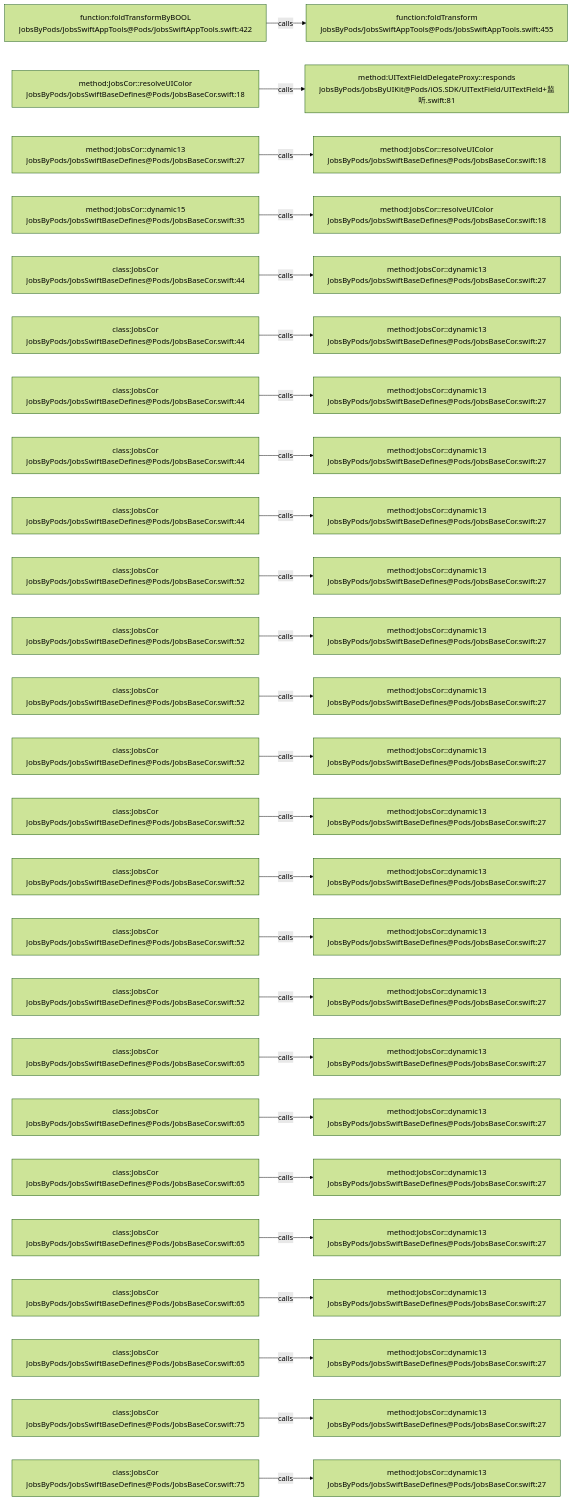
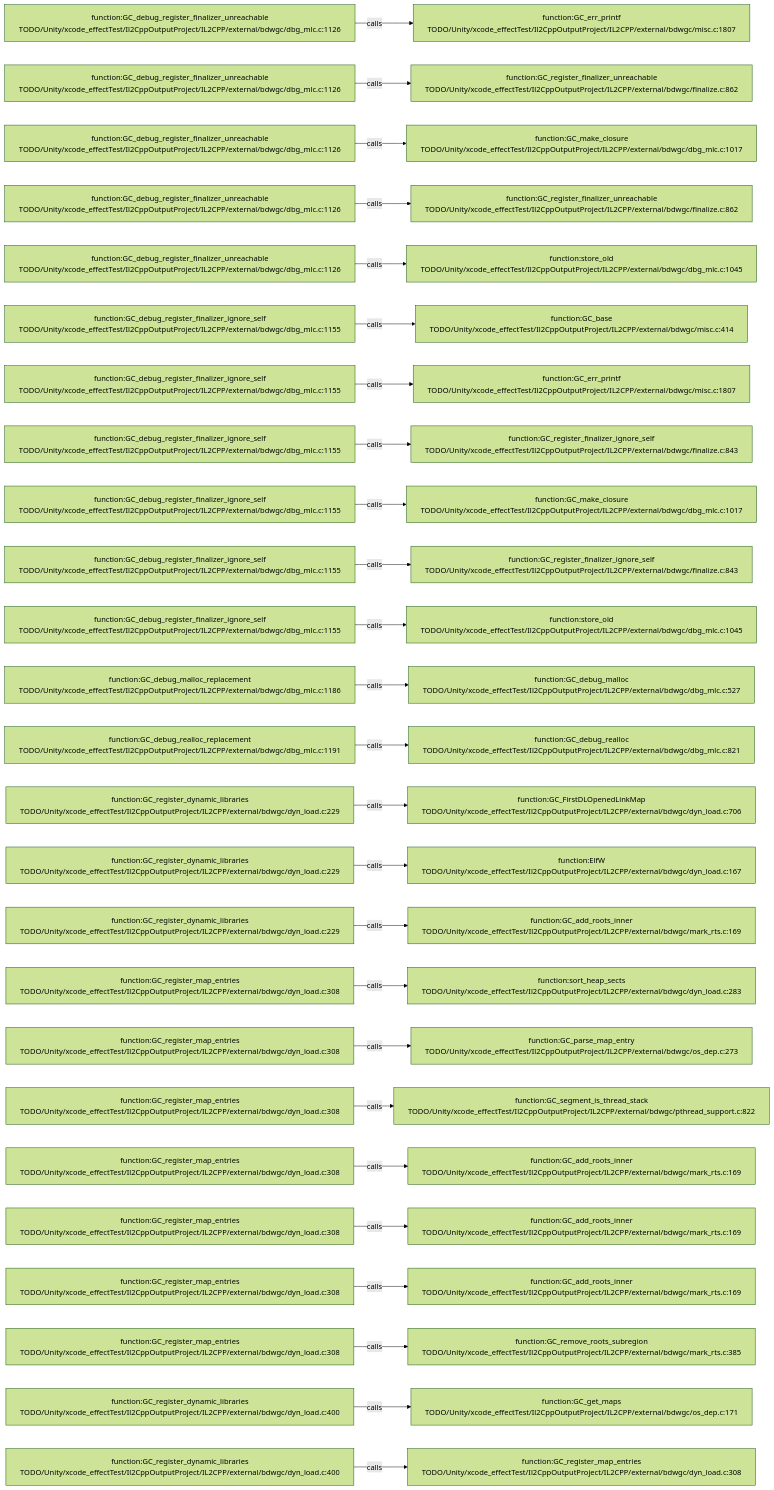
The diagram in .codegraph/codegraph.md/graphs/calls-170.md (JobsKits/JobsSwiftBaseConfigDemo), drawn with Mermaid (forest theme) before and after one commit. The commit also changed 569 other files, not shown here.

````diff
--- a/.codegraph/codegraph.md/graphs/calls-170.md
+++ b/.codegraph/codegraph.md/graphs/calls-170.md
@@ -13,78 +13,78 @@
 ```mermaid
 flowchart LR
-  S1["function:foldTransformByBOOL<br/>JobsByPods/JobsSwiftAppTools@Pods/JobsSwiftAppTools.swift:422"]
-  T1["function:foldTransform<br/>JobsByPods/JobsSwiftAppTools@Pods/JobsSwiftAppTools.swift:455"]
+  S1["function:GC_debug_register_finalizer_unreachable<br/>TODO/Unity/xcode_effectTest/Il2CppOutputProject/IL2CPP/external/bdwgc/dbg_mlc.c:1126"]
+  T1["function:GC_err_printf<br/>TODO/Unity/xcode_effectTest/Il2CppOutputProject/IL2CPP/external/bdwgc/misc.c:1807"]
   S1 -->|calls| T1
-  S2["method:JobsCor::resolveUIColor<br/>JobsByPods/JobsSwiftBaseDefines@Pods/JobsBaseCor.swift:18"]
-  T2["method:UITextFieldDelegateProxy::responds<br/>JobsByPods/JobsByUIKit@Pods/iOS.SDK/UITextField/UITextField+监听.swift:81"]
+  S2["function:GC_debug_register_finalizer_unreachable<br/>TODO/Unity/xcode_effectTest/Il2CppOutputProject/IL2CPP/external/bdwgc/dbg_mlc.c:1126"]
+  T2["function:GC_register_finalizer_unreachable<br/>TODO/Unity/xcode_effectTest/Il2CppOutputProject/IL2CPP/external/bdwgc/finalize.c:862"]
   S2 -->|calls| T2
-  S3["method:JobsCor::dynamic13<br/>JobsByPods/JobsSwiftBaseDefines@Pods/JobsBaseCor.swift:27"]
-  T3["method:JobsCor::resolveUIColor<br/>JobsByPods/JobsSwiftBaseDefines@Pods/JobsBaseCor.swift:18"]
+  S3["function:GC_debug_register_finalizer_unreachable<br/>TODO/Unity/xcode_effectTest/Il2CppOutputProject/IL2CPP/external/bdwgc/dbg_mlc.c:1126"]
+  T3["function:GC_make_closure<br/>TODO/Unity/xcode_effectTest/Il2CppOutputProject/IL2CPP/external/bdwgc/dbg_mlc.c:1017"]
   S3 -->|calls| T3
-  S4["method:JobsCor::dynamic15<br/>JobsByPods/JobsSwiftBaseDefines@Pods/JobsBaseCor.swift:35"]
-  T4["method:JobsCor::resolveUIColor<br/>JobsByPods/JobsSwiftBaseDefines@Pods/JobsBaseCor.swift:18"]
+  S4["function:GC_debug_register_finalizer_unreachable<br/>TODO/Unity/xcode_effectTest/Il2CppOutputProject/IL2CPP/external/bdwgc/dbg_mlc.c:1126"]
+  T4["function:GC_register_finalizer_unreachable<br/>TODO/Unity/xcode_effectTest/Il2CppOutputProject/IL2CPP/external/bdwgc/finalize.c:862"]
   S4 -->|calls| T4
-  S5["class:JobsCor<br/>JobsByPods/JobsSwiftBaseDefines@Pods/JobsBaseCor.swift:44"]
-  T5["method:JobsCor::dynamic13<br/>JobsByPods/JobsSwiftBaseDefines@Pods/JobsBaseCor.swift:27"]
+  S5["function:GC_debug_register_finalizer_unreachable<br/>TODO/Unity/xcode_effectTest/Il2CppOutputProject/IL2CPP/external/bdwgc/dbg_mlc.c:1126"]
+  T5["function:store_old<br/>TODO/Unity/xcode_effectTest/Il2CppOutputProject/IL2CPP/external/bdwgc/dbg_mlc.c:1045"]
   S5 -->|calls| T5
-  S6["class:JobsCor<br/>JobsByPods/JobsSwiftBaseDefines@Pods/JobsBaseCor.swift:44"]
-  T6["method:JobsCor::dynamic13<br/>JobsByPods/JobsSwiftBaseDefines@Pods/JobsBaseCor.swift:27"]
+  S6["function:GC_debug_register_finalizer_ignore_self<br/>TODO/Unity/xcode_effectTest/Il2CppOutputProject/IL2CPP/external/bdwgc/dbg_mlc.c:1155"]
+  T6["function:GC_base<br/>TODO/Unity/xcode_effectTest/Il2CppOutputProject/IL2CPP/external/bdwgc/misc.c:414"]
   S6 -->|calls| T6
-  S7["class:JobsCor<br/>JobsByPods/JobsSwiftBaseDefines@Pods/JobsBaseCor.swift:44"]
-  T7["method:JobsCor::dynamic13<br/>JobsByPods/JobsSwiftBaseDefines@Pods/JobsBaseCor.swift:27"]
+  S7["function:GC_debug_register_finalizer_ignore_self<br/>TODO/Unity/xcode_effectTest/Il2CppOutputProject/IL2CPP/external/bdwgc/dbg_mlc.c:1155"]
+  T7["function:GC_err_printf<br/>TODO/Unity/xcode_effectTest/Il2CppOutputProject/IL2CPP/external/bdwgc/misc.c:1807"]
   S7 -->|calls| T7
-  S8["class:JobsCor<br/>JobsByPods/JobsSwiftBaseDefines@Pods/JobsBaseCor.swift:44"]
-  T8["method:JobsCor::dynamic13<br/>JobsByPods/JobsSwiftBaseDefines@Pods/JobsBaseCor.swift:27"]
+  S8["function:GC_debug_register_finalizer_ignore_self<br/>TODO/Unity/xcode_effectTest/Il2CppOutputProject/IL2CPP/external/bdwgc/dbg_mlc.c:1155"]
+  T8["function:GC_register_finalizer_ignore_self<br/>TODO/Unity/xcode_effectTest/Il2CppOutputProject/IL2CPP/external/bdwgc/finalize.c:843"]
   S8 -->|calls| T8
-  S9["class:JobsCor<br/>JobsByPods/JobsSwiftBaseDefines@Pods/JobsBaseCor.swift:44"]
-  T9["method:JobsCor::dynamic13<br/>JobsByPods/JobsSwiftBaseDefines@Pods/JobsBaseCor.swift:27"]
+  S9["function:GC_debug_register_finalizer_ignore_self<br/>TODO/Unity/xcode_effectTest/Il2CppOutputProject/IL2CPP/external/bdwgc/dbg_mlc.c:1155"]
+  T9["function:GC_make_closure<br/>TODO/Unity/xcode_effectTest/Il2CppOutputProject/IL2CPP/external/bdwgc/dbg_mlc.c:1017"]
   S9 -->|calls| T9
-  S10["class:JobsCor<br/>JobsByPods/JobsSwiftBaseDefines@Pods/JobsBaseCor.swift:52"]
-  T10["method:JobsCor::dynamic13<br/>JobsByPods/JobsSwiftBaseDefines@Pods/JobsBaseCor.swift:27"]
+  S10["function:GC_debug_register_finalizer_ignore_self<br/>TODO/Unity/xcode_effectTest/Il2CppOutputProject/IL2CPP/external/bdwgc/dbg_mlc.c:1155"]
+  T10["function:GC_register_finalizer_ignore_self<br/>TODO/Unity/xcode_effectTest/Il2CppOutputProject/IL2CPP/external/bdwgc/finalize.c:843"]
   S10 -->|calls| T10
-  S11["class:JobsCor<br/>JobsByPods/JobsSwiftBaseDefines@Pods/JobsBaseCor.swift:52"]
-  T11["method:JobsCor::dynamic13<br/>JobsByPods/JobsSwiftBaseDefines@Pods/JobsBaseCor.swift:27"]
+  S11["function:GC_debug_register_finalizer_ignore_self<br/>TODO/Unity/xcode_effectTest/Il2CppOutputProject/IL2CPP/external/bdwgc/dbg_mlc.c:1155"]
+  T11["function:store_old<br/>TODO/Unity/xcode_effectTest/Il2CppOutputProject/IL2CPP/external/bdwgc/dbg_mlc.c:1045"]
   S11 -->|calls| T11
-  S12["class:JobsCor<br/>JobsByPods/JobsSwiftBaseDefines@Pods/JobsBaseCor.swift:52"]
-  T12["method:JobsCor::dynamic13<br/>JobsByPods/JobsSwiftBaseDefines@Pods/JobsBaseCor.swift:27"]
+  S12["function:GC_debug_malloc_replacement<br/>TODO/Unity/xcode_effectTest/Il2CppOutputProject/IL2CPP/external/bdwgc/dbg_mlc.c:1186"]
+  T12["function:GC_debug_malloc<br/>TODO/Unity/xcode_effectTest/Il2CppOutputProject/IL2CPP/external/bdwgc/dbg_mlc.c:527"]
   S12 -->|calls| T12
-  S13["class:JobsCor<br/>JobsByPods/JobsSwiftBaseDefines@Pods/JobsBaseCor.swift:52"]
-  T13["method:JobsCor::dynamic13<br/>JobsByPods/JobsSwiftBaseDefines@Pods/JobsBaseCor.swift:27"]
+  S13["function:GC_debug_realloc_replacement<br/>TODO/Unity/xcode_effectTest/Il2CppOutputProject/IL2CPP/external/bdwgc/dbg_mlc.c:1191"]
+  T13["function:GC_debug_realloc<br/>TODO/Unity/xcode_effectTest/Il2CppOutputProject/IL2CPP/external/bdwgc/dbg_mlc.c:821"]
   S13 -->|calls| T13
-  S14["class:JobsCor<br/>JobsByPods/JobsSwiftBaseDefines@Pods/JobsBaseCor.swift:52"]
-  T14["method:JobsCor::dynamic13<br/>JobsByPods/JobsSwiftBaseDefines@Pods/JobsBaseCor.swift:27"]
+  S14["function:GC_register_dynamic_libraries<br/>TODO/Unity/xcode_effectTest/Il2CppOutputProject/IL2CPP/external/bdwgc/dyn_load.c:229"]
+  T14["function:GC_FirstDLOpenedLinkMap<br/>TODO/Unity/xcode_effectTest/Il2CppOutputProject/IL2CPP/external/bdwgc/dyn_load.c:706"]
   S14 -->|calls| T14
-  S15["class:JobsCor<br/>JobsByPods/JobsSwiftBaseDefines@Pods/JobsBaseCor.swift:52"]
-  T15["method:JobsCor::dynamic13<br/>JobsByPods/JobsSwiftBaseDefines@Pods/JobsBaseCor.swift:27"]
+  S15["function:GC_register_dynamic_libraries<br/>TODO/Unity/xcode_effectTest/Il2CppOutputProject/IL2CPP/external/bdwgc/dyn_load.c:229"]
+  T15["function:ElfW<br/>TODO/Unity/xcode_effectTest/Il2CppOutputProject/IL2CPP/external/bdwgc/dyn_load.c:167"]
   S15 -->|calls| T15
-  S16["class:JobsCor<br/>JobsByPods/JobsSwiftBaseDefines@Pods/JobsBaseCor.swift:52"]
-  T16["method:JobsCor::dynamic13<br/>JobsByPods/JobsSwiftBaseDefines@Pods/JobsBaseCor.swift:27"]
+  S16["function:GC_register_dynamic_libraries<br/>TODO/Unity/xcode_effectTest/Il2CppOutputProject/IL2CPP/external/bdwgc/dyn_load.c:229"]
+  T16["function:GC_add_roots_inner<br/>TODO/Unity/xcode_effectTest/Il2CppOutputProject/IL2CPP/external/bdwgc/mark_rts.c:169"]
   S16 -->|calls| T16
-  S17["class:JobsCor<br/>JobsByPods/JobsSwiftBaseDefines@Pods/JobsBaseCor.swift:52"]
-  T17["method:JobsCor::dynamic13<br/>JobsByPods/JobsSwiftBaseDefines@Pods/JobsBaseCor.swift:27"]
+  S17["function:GC_register_map_entries<br/>TODO/Unity/xcode_effectTest/Il2CppOutputProject/IL2CPP/external/bdwgc/dyn_load.c:308"]
+  T17["function:sort_heap_sects<br/>TODO/Unity/xcode_effectTest/Il2CppOutputProject/IL2CPP/external/bdwgc/dyn_load.c:283"]
   S17 -->|calls| T17
-  S18["class:JobsCor<br/>JobsByPods/JobsSwiftBaseDefines@Pods/JobsBaseCor.swift:65"]
-  T18["method:JobsCor::dynamic13<br/>JobsByPods/JobsSwiftBaseDefines@Pods/JobsBaseCor.swift:27"]
+  S18["function:GC_register_map_entries<br/>TODO/Unity/xcode_effectTest/Il2CppOutputProject/IL2CPP/external/bdwgc/dyn_load.c:308"]
+  T18["function:GC_parse_map_entry<br/>TODO/Unity/xcode_effectTest/Il2CppOutputProject/IL2CPP/external/bdwgc/os_dep.c:273"]
   S18 -->|calls| T18
-  S19["class:JobsCor<br/>JobsByPods/JobsSwiftBaseDefines@Pods/JobsBaseCor.swift:65"]
-  T19["method:JobsCor::dynamic13<br/>JobsByPods/JobsSwiftBaseDefines@Pods/JobsBaseCor.swift:27"]
+  S19["function:GC_register_map_entries<br/>TODO/Unity/xcode_effectTest/Il2CppOutputProject/IL2CPP/external/bdwgc/dyn_load.c:308"]
+  T19["function:GC_segment_is_thread_stack<br/>TODO/Unity/xcode_effectTest/Il2CppOutputProject/IL2CPP/external/bdwgc/pthread_support.c:822"]
   S19 -->|calls| T19
-  S20["class:JobsCor<br/>JobsByPods/JobsSwiftBaseDefines@Pods/JobsBaseCor.swift:65"]
-  T20["method:JobsCor::dynamic13<br/>JobsByPods/JobsSwiftBaseDefines@Pods/JobsBaseCor.swift:27"]
+  S20["function:GC_register_map_entries<br/>TODO/Unity/xcode_effectTest/Il2CppOutputProject/IL2CPP/external/bdwgc/dyn_load.c:308"]
+  T20["function:GC_add_roots_inner<br/>TODO/Unity/xcode_effectTest/Il2CppOutputProject/IL2CPP/external/bdwgc/mark_rts.c:169"]
   S20 -->|calls| T20
-  S21["class:JobsCor<br/>JobsByPods/JobsSwiftBaseDefines@Pods/JobsBaseCor.swift:65"]
-  T21["method:JobsCor::dynamic13<br/>JobsByPods/JobsSwiftBaseDefines@Pods/JobsBaseCor.swift:27"]
+  S21["function:GC_register_map_entries<br/>TODO/Unity/xcode_effectTest/Il2CppOutputProject/IL2CPP/external/bdwgc/dyn_load.c:308"]
+  T21["function:GC_add_roots_inner<br/>TODO/Unity/xcode_effectTest/Il2CppOutputProject/IL2CPP/external/bdwgc/mark_rts.c:169"]
   S21 -->|calls| T21
-  S22["class:JobsCor<br/>JobsByPods/JobsSwiftBaseDefines@Pods/JobsBaseCor.swift:65"]
-  T22["method:JobsCor::dynamic13<br/>JobsByPods/JobsSwiftBaseDefines@Pods/JobsBaseCor.swift:27"]
+  S22["function:GC_register_map_entries<br/>TODO/Unity/xcode_effectTest/Il2CppOutputProject/IL2CPP/external/bdwgc/dyn_load.c:308"]
+  T22["function:GC_add_roots_inner<br/>TODO/Unity/xcode_effectTest/Il2CppOutputProject/IL2CPP/external/bdwgc/mark_rts.c:169"]
   S22 -->|calls| T22
-  S23["class:JobsCor<br/>JobsByPods/JobsSwiftBaseDefines@Pods/JobsBaseCor.swift:65"]
-  T23["method:JobsCor::dynamic13<br/>JobsByPods/JobsSwiftBaseDefines@Pods/JobsBaseCor.swift:27"]
+  S23["function:GC_register_map_entries<br/>TODO/Unity/xcode_effectTest/Il2CppOutputProject/IL2CPP/external/bdwgc/dyn_load.c:308"]
+  T23["function:GC_remove_roots_subregion<br/>TODO/Unity/xcode_effectTest/Il2CppOutputProject/IL2CPP/external/bdwgc/mark_rts.c:385"]
   S23 -->|calls| T23
-  S24["class:JobsCor<br/>JobsByPods/JobsSwiftBaseDefines@Pods/JobsBaseCor.swift:75"]
-  T24["method:JobsCor::dynamic13<br/>JobsByPods/JobsSwiftBaseDefines@Pods/JobsBaseCor.swift:27"]
+  S24["function:GC_register_dynamic_libraries<br/>TODO/Unity/xcode_effectTest/Il2CppOutputProject/IL2CPP/external/bdwgc/dyn_load.c:400"]
+  T24["function:GC_get_maps<br/>TODO/Unity/xcode_effectTest/Il2CppOutputProject/IL2CPP/external/bdwgc/os_dep.c:171"]
   S24 -->|calls| T24
-  S25["class:JobsCor<br/>JobsByPods/JobsSwiftBaseDefines@Pods/JobsBaseCor.swift:75"]
-  T25["method:JobsCor::dynamic13<br/>JobsByPods/JobsSwiftBaseDefines@Pods/JobsBaseCor.swift:27"]
+  S25["function:GC_register_dynamic_libraries<br/>TODO/Unity/xcode_effectTest/Il2CppOutputProject/IL2CPP/external/bdwgc/dyn_load.c:400"]
+  T25["function:GC_register_map_entries<br/>TODO/Unity/xcode_effectTest/Il2CppOutputProject/IL2CPP/external/bdwgc/dyn_load.c:308"]
   S25 -->|calls| T25
 ```
````
